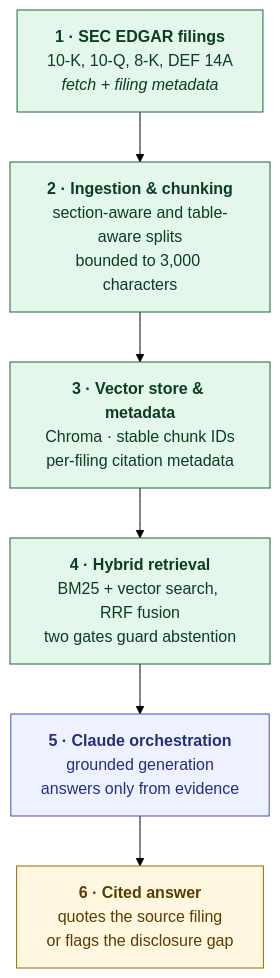
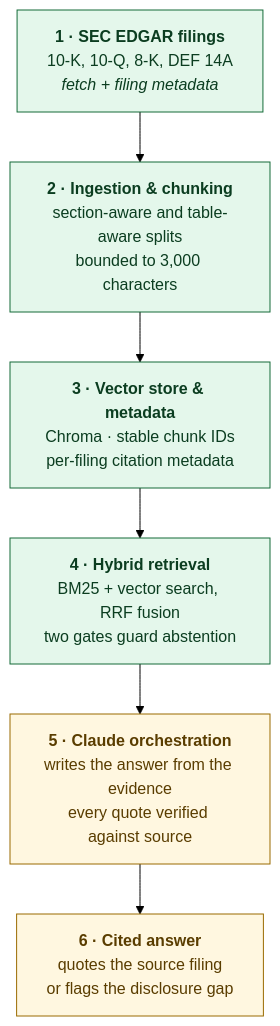
One commit to eliu1122/sec-simplifier changed the diagram in PROGRESS.md. Above: the diagram before and after it, drawn with Mermaid (forest theme). The commit also changed other lines of this file and 9 other files, not shown here.

First line of the commit message:
Add Week 5 grounded generation with Claude

````diff
--- a/PROGRESS.md
+++ b/PROGRESS.md
@@ -16,19 +16,18 @@
 ```mermaid
 flowchart TD
     A["<b>1 · SEC EDGAR filings</b><br/>10-K, 10-Q, 8-K, DEF 14A<br/><i>fetch + filing metadata</i>"]
     B["<b>2 · Ingestion &amp; chunking</b><br/>section-aware and table-aware splits<br/>bounded to 3,000 characters"]
     C["<b>3 · Vector store &amp; metadata</b><br/>Chroma · stable chunk IDs<br/>per-filing citation metadata"]
     D["<b>4 · Hybrid retrieval</b><br/>BM25 + vector search, RRF fusion<br/>two gates guard abstention"]
-    E["<b>5 · Claude orchestration</b><br/>grounded generation<br/>answers only from evidence"]
+    E["<b>5 · Claude orchestration</b><br/>writes the answer from the evidence<br/>every quote verified against source"]
     F["<b>6 · Cited answer</b><br/>quotes the source filing<br/>or flags the disclosure gap"]
 
     A --> B --> C --> D --> E --> F
 
     classDef done fill:#e4f7eb,stroke:#146b38,color:#0b3d20;
     classDef partial fill:#fff7e0,stroke:#9a6b00,color:#5a3d00;
     classDef planned fill:#eef2ff,stroke:#3f51b5,color:#22307a;
 
     class A,B,C,D done;
-    class E planned;
-    class F partial;
+    class E,F partial;
 ```
````
